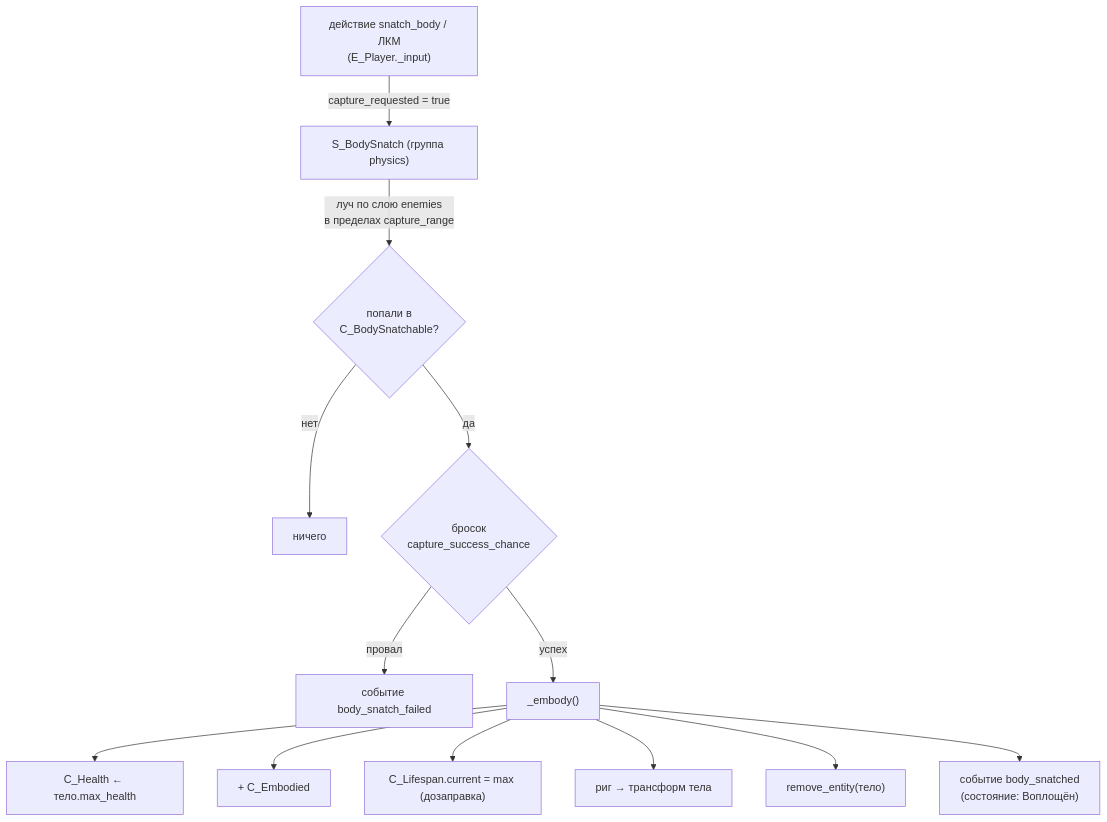
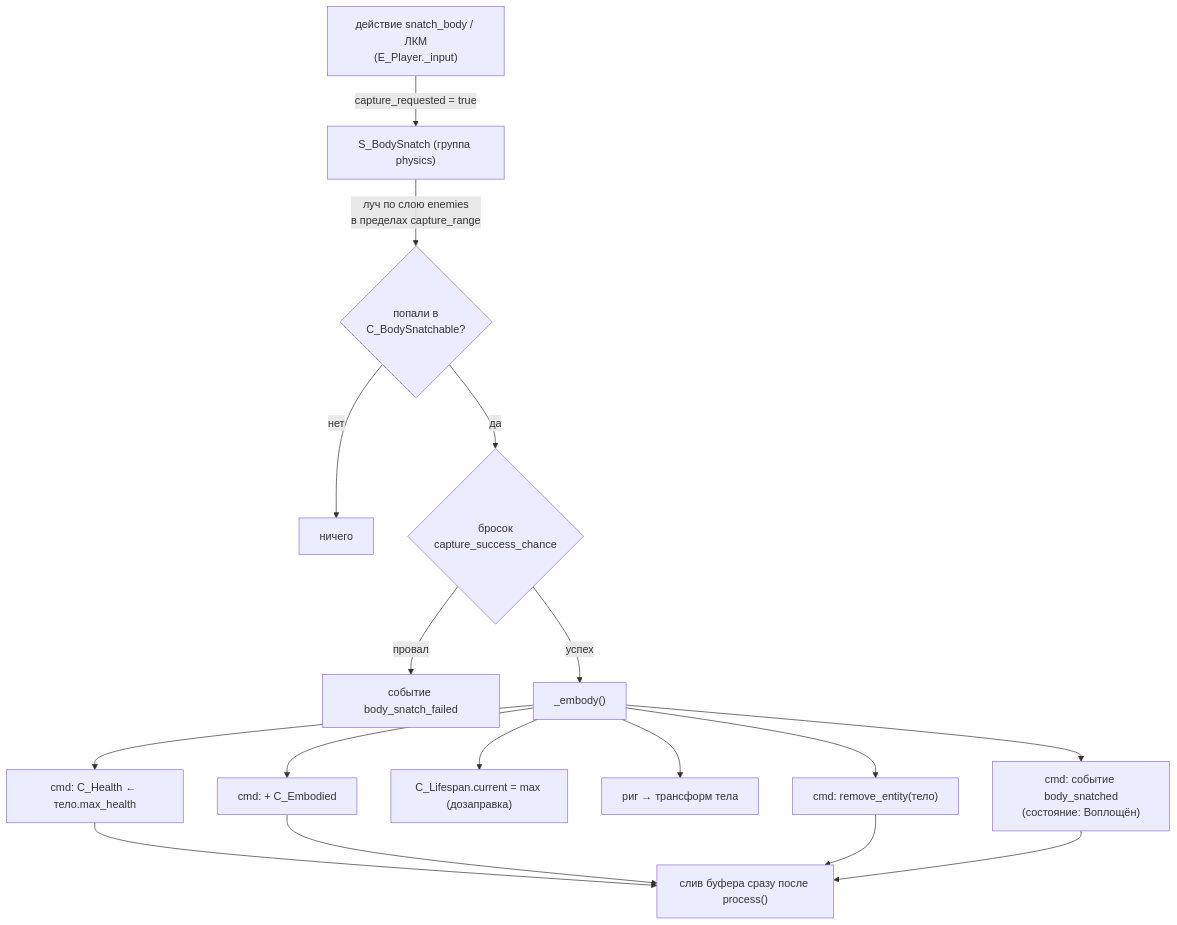
One commit to Manshooo/astral-genesis changed the first of 2 diagrams in docs/astral-genesis/how-to/Захват тела.md. Above: the diagram before and after it, drawn with Mermaid. The commit also changed other lines of this file and 191 other files, not shown here.

````diff
--- a/docs/astral-genesis/how-to/Захват тела.md
+++ b/docs/astral-genesis/how-to/Захват тела.md
@@ -35,16 +35,17 @@
 ```mermaid
 flowchart TD
     lmb["действие snatch_body / ЛКМ<br/>(E_Player._input)"] -->|"capture_requested = true"| sbs["S_BodySnatch (группа physics)"]
     sbs -->|"луч по слою enemies<br/>в пределах capture_range"| hit{"попали в<br/>C_BodySnatchable?"}
     hit -->|"нет"| idle["ничего"]
     hit -->|"да"| roll{"бросок<br/>capture_success_chance"}
     roll -->|"провал"| failed["событие body_snatch_failed"]
     roll -->|"успех"| embody["_embody()"]
 
-    embody --> e1["C_Health ← тело.max_health"]
-    embody --> e2["+ C_Embodied"]
+    embody --> e1["cmd: C_Health ← тело.max_health"]
+    embody --> e2["cmd: + C_Embodied"]
     embody --> e3["C_Lifespan.current = max (дозаправка)"]
     embody --> e4["риг → трансформ тела"]
-    embody --> e5["remove_entity(тело)"]
-    embody --> done["событие body_snatched<br/>(состояние: Воплощён)"]
+    embody --> e5["cmd: remove_entity(тело)"]
+    embody --> done["cmd: событие body_snatched<br/>(состояние: Воплощён)"]
+    e1 & e2 & e5 & done --> flush["слив буфера сразу после process()"]
 ```
````
